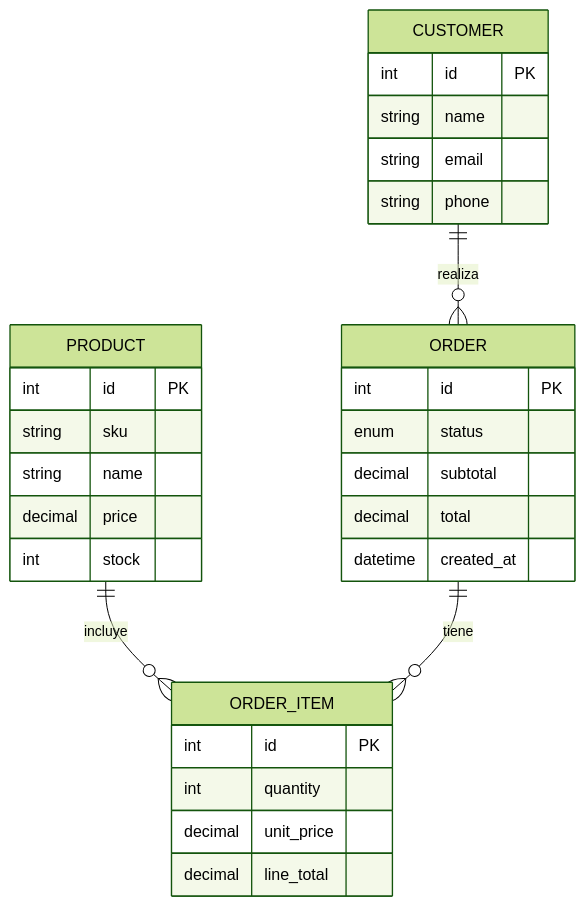
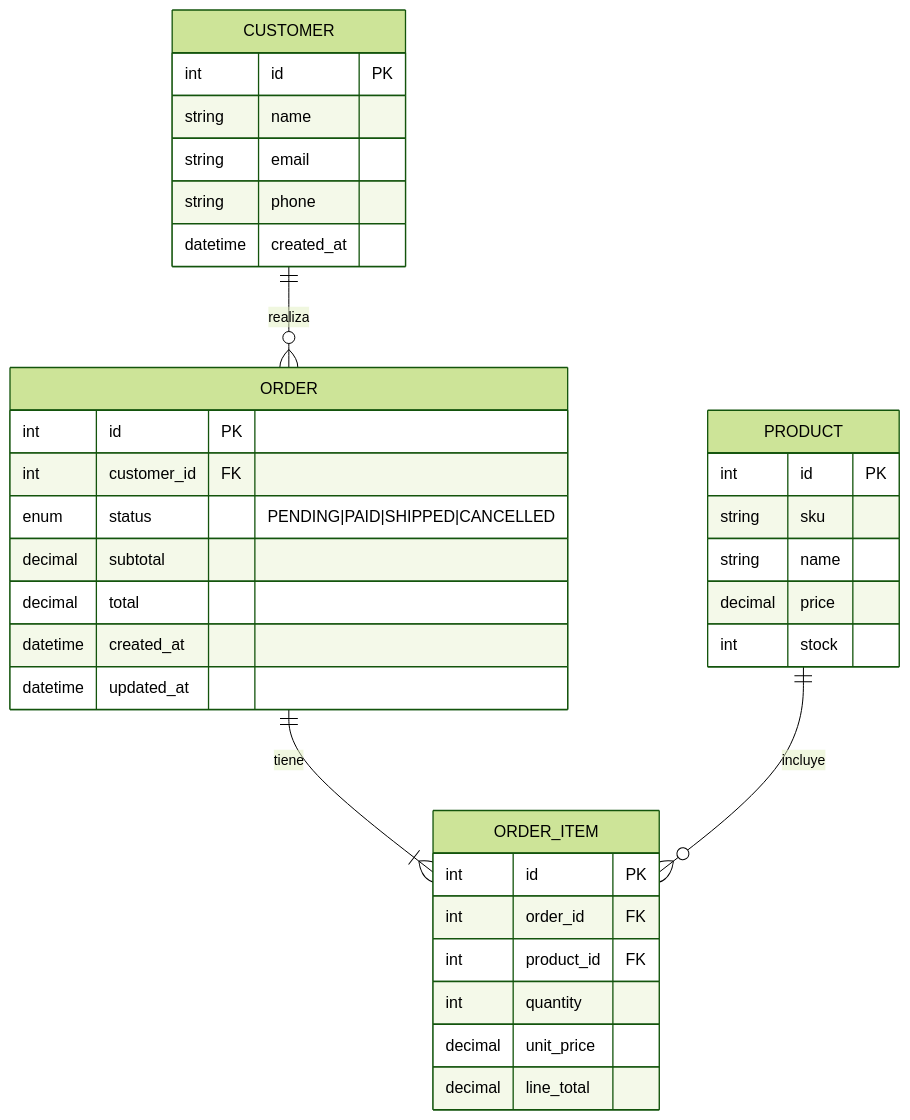
The diagram in README.md (GonBechii/backend-data-portfolio-2025), drawn with Mermaid (forest theme) before and after one commit. The commit also changed other lines of this file and 7 other files, not shown here.

````diff
--- a/README.md
+++ b/README.md
@@ -75,33 +86,41 @@
 ```mermaid
 erDiagram
-    PRODUCT ||--o{ ORDER_ITEM : incluye
-    ORDER ||--o{ ORDER_ITEM : tiene
     CUSTOMER ||--o{ ORDER : realiza
+    ORDER    ||--|{ ORDER_ITEM : tiene
+    PRODUCT  ||--o{ ORDER_ITEM : incluye
+
+    CUSTOMER {
+      int id PK
+      string name
+      string email
+      string phone
+      datetime created_at
+    }
+
+    ORDER {
+      int id PK
+      int customer_id FK
+      enum status        "PENDING|PAID|SHIPPED|CANCELLED"
+      decimal subtotal
+      decimal total
+      datetime created_at
+      datetime updated_at
+    }
+
+    ORDER_ITEM {
+      int id PK
+      int order_id FK
+      int product_id FK
+      int quantity
+      decimal unit_price
+      decimal line_total
+    }
 
     PRODUCT {
       int id PK
       string sku
       string name
       decimal price
       int stock
     }
-    CUSTOMER {
-      int id PK
-      string name
-      string email
-      string phone
-    }
-    ORDER {
-      int id PK
-      enum status
-      decimal subtotal
-      decimal total
-      datetime created_at
-    }
-    ORDER_ITEM {
-      int id PK
-      int quantity
-      decimal unit_price
-      decimal line_total
-    }
 ```
````
